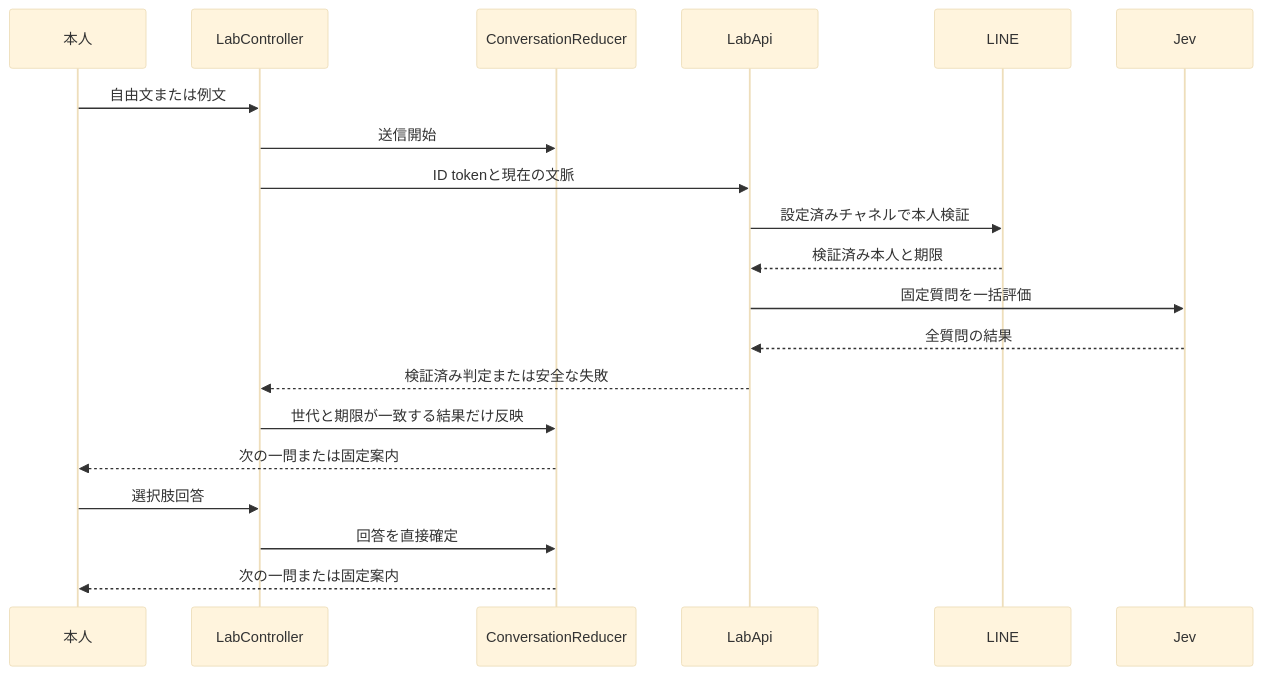
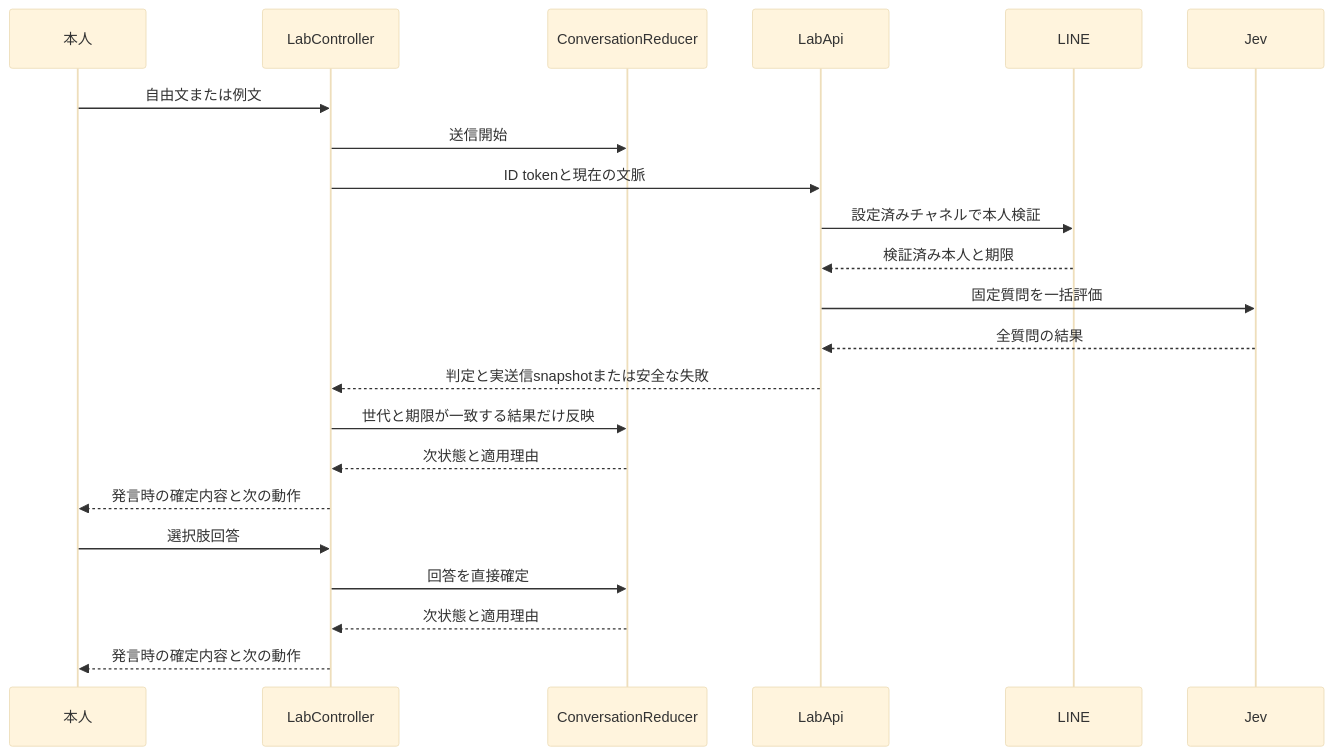
One commit to KentaOsabe-Personal/line-message-playground changed the second of 3 diagrams in .kiro/specs/text-judgment-lab/design.md. Above: the diagram before and after it, drawn with Mermaid (base theme). The commit also changed other lines of this file and 4 other files, not shown here.

````diff
--- a/.kiro/specs/text-judgment-lab/design.md
+++ b/.kiro/specs/text-judgment-lab/design.md
@@ -146,22 +167,24 @@
 ```mermaid
 sequenceDiagram
     participant U as 本人
     participant C as LabController
     participant S as ConversationReducer
     participant A as LabApi
     participant L as LINE
     participant J as Jev
     U->>C: 自由文または例文
     C->>S: 送信開始
     C->>A: ID tokenと現在の文脈
     A->>L: 設定済みチャネルで本人検証
     L-->>A: 検証済み本人と期限
     A->>J: 固定質問を一括評価
     J-->>A: 全質問の結果
-    A-->>C: 検証済み判定または安全な失敗
+    A-->>C: 判定と実送信snapshotまたは安全な失敗
     C->>S: 世代と期限が一致する結果だけ反映
-    S-->>U: 次の一問または固定案内
+    S-->>C: 次状態と適用理由
+    C-->>U: 発言時の確定内容と次の動作
     U->>C: 選択肢回答
     C->>S: 回答を直接確定
-    S-->>U: 次の一問または固定案内
+    S-->>C: 次状態と適用理由
+    C-->>U: 発言時の確定内容と次の動作
 ```
````
